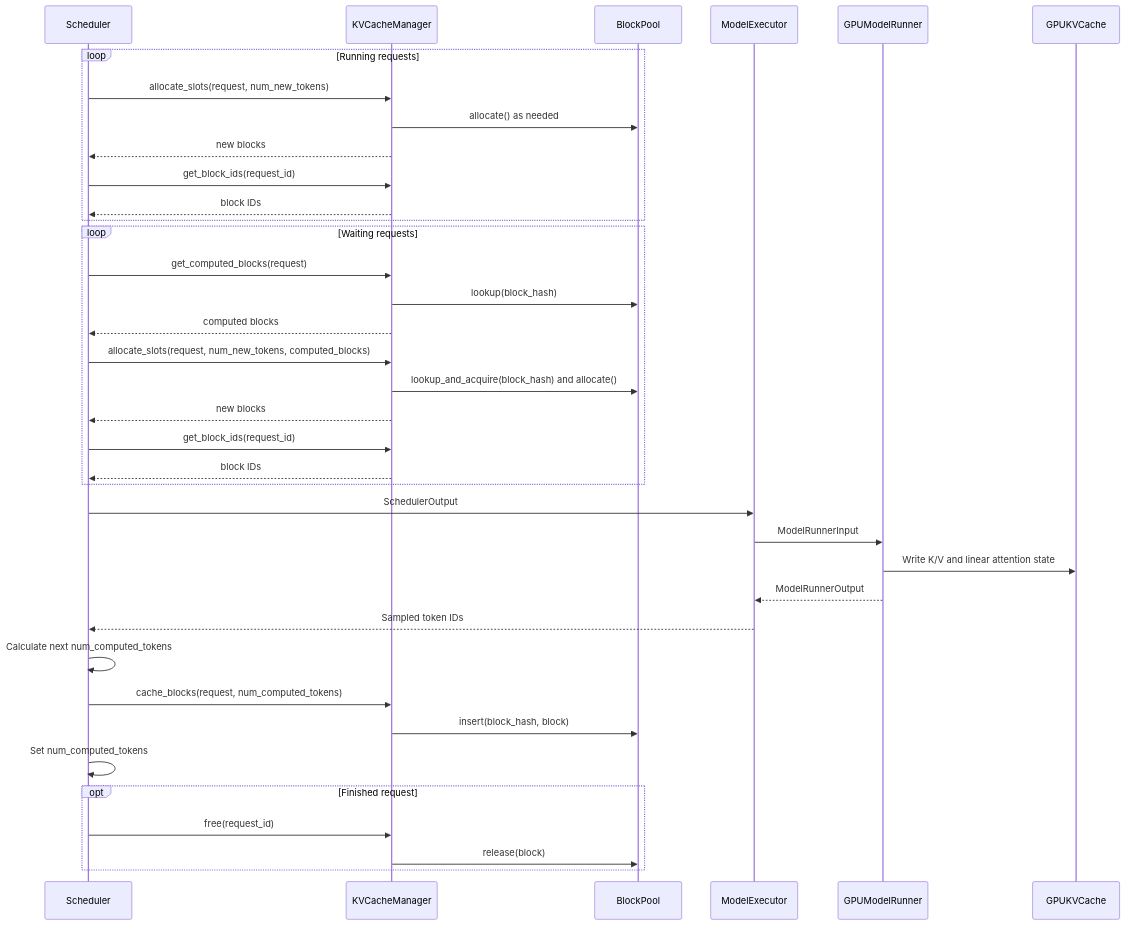
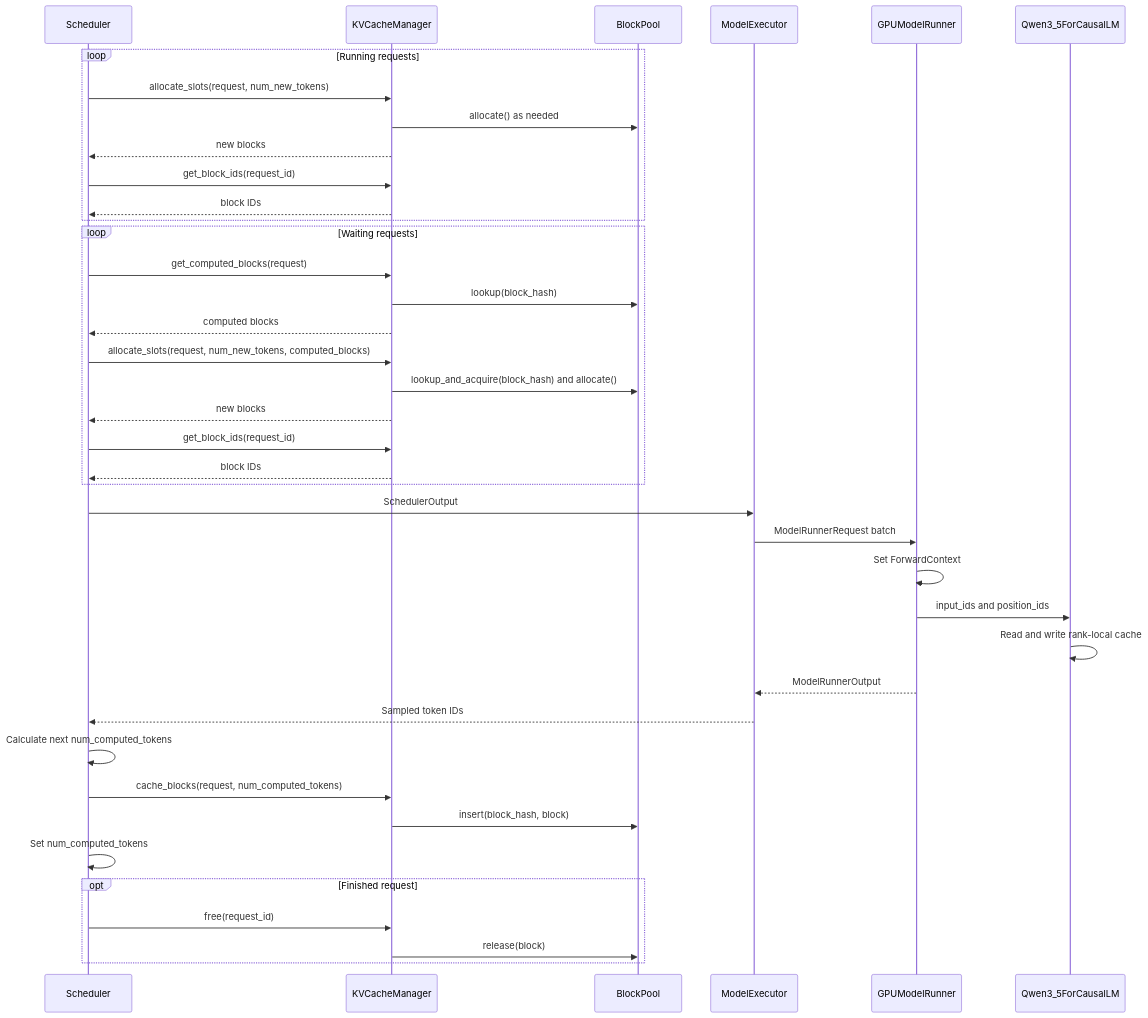
The second of 2 diagrams in docs/design/S3-kv_cache_manager.md (WangSu-X/xTokens), drawn with Mermaid before and after one commit. The commit also changed other lines of this file and 16 other files, not shown here.

Commit message:
refactor(model): refactor qwen3.8 model

````diff
--- a/docs/design/S3-kv_cache_manager.md
+++ b/docs/design/S3-kv_cache_manager.md
@@ -100,43 +100,45 @@
 ```mermaid
 sequenceDiagram
     participant S as Scheduler
     participant K as KVCacheManager
     participant B as BlockPool
     participant X as ModelExecutor
     participant M as GPUModelRunner
-    participant G as GPUKVCache
+    participant G as Qwen3_5ForCausalLM
 
     loop Running requests
         S->>K: allocate_slots(request, num_new_tokens)
         K->>B: allocate() as needed
         K-->>S: new blocks
         S->>K: get_block_ids(request_id)
         K-->>S: block IDs
     end
 
     loop Waiting requests
         S->>K: get_computed_blocks(request)
         K->>B: lookup(block_hash)
         K-->>S: computed blocks
         S->>K: allocate_slots(request, num_new_tokens, computed_blocks)
         K->>B: lookup_and_acquire(block_hash) and allocate()
         K-->>S: new blocks
         S->>K: get_block_ids(request_id)
         K-->>S: block IDs
     end
 
     S->>X: SchedulerOutput
-    X->>M: ModelRunnerInput
-    M->>G: Write K/V and linear attention state
+    X->>M: ModelRunnerRequest batch
+    M->>M: Set ForwardContext
+    M->>G: input_ids and position_ids
+    G->>G: Read and write rank-local cache
     M-->>X: ModelRunnerOutput
     X-->>S: Sampled token IDs
 
     S->>S: Calculate next num_computed_tokens
     S->>K: cache_blocks(request, num_computed_tokens)
     K->>B: insert(block_hash, block)
     S->>S: Set num_computed_tokens
     opt Finished request
         S->>K: free(request_id)
         K->>B: release(block)
     end
 ```
````
